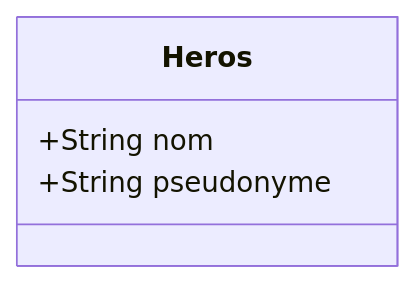
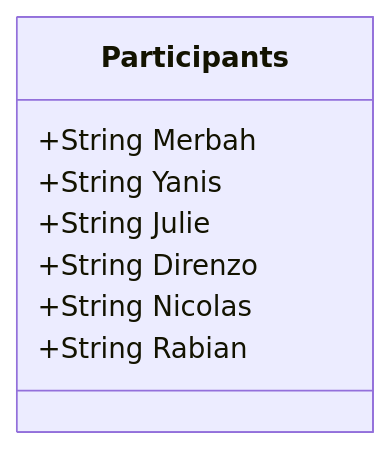
One commit to julie-drnz/Premier-Test-UML changed the diagram in README2.md. Above: the diagram before and after it, drawn with Mermaid.

Commit message:
Update class diagram in README2.md
Added participants to the class diagram.

````diff
--- a/README2.md
+++ b/README2.md
@@ -2,7 +2,11 @@
 ```mermaid
 classDiagram
-  class Heros {
-    +String nom
-    +String pseudonyme
+  class Participants {
+    +String Merbah
+    +String Yanis
+    +String Julie
+    +String Direnzo
+    +String Nicolas
+    +String Rabian
   }
 ```
````
